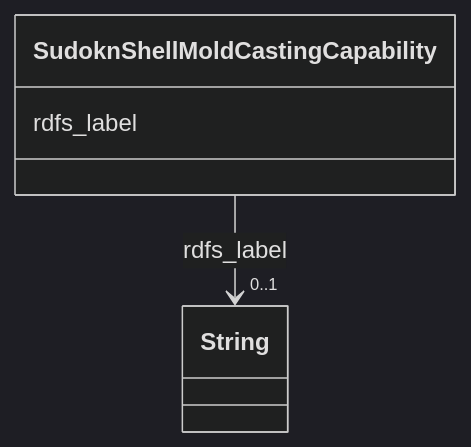
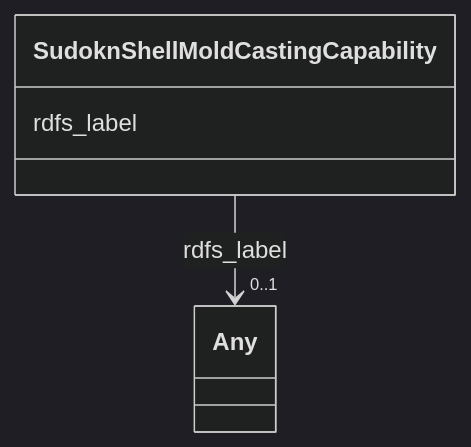
Before and after one commit to frink-okn/graph-descriptions: the diagram in sudokn-kg/classes/SudoknShellMoldCastingCapability.md, drawn with Mermaid (dark theme). The commit also changed other lines of this file and 903 other files, not shown here.

````diff
--- a/sudokn-kg/classes/SudoknShellMoldCastingCapability.md
+++ b/sudokn-kg/classes/SudoknShellMoldCastingCapability.md
@@ -23,15 +18,15 @@
 ```mermaid
  classDiagram
     class SudoknShellMoldCastingCapability
     click SudoknShellMoldCastingCapability href "../SudoknShellMoldCastingCapability"
       SudoknShellMoldCastingCapability : rdfs_label
         
           
     
     
-    SudoknShellMoldCastingCapability --> "0..1" String : rdfs_label
-    click String href "../String"
+    SudoknShellMoldCastingCapability --> "0..1" Any : rdfs_label
+    click Any href "../Any"
 
         
       
 ```
````
